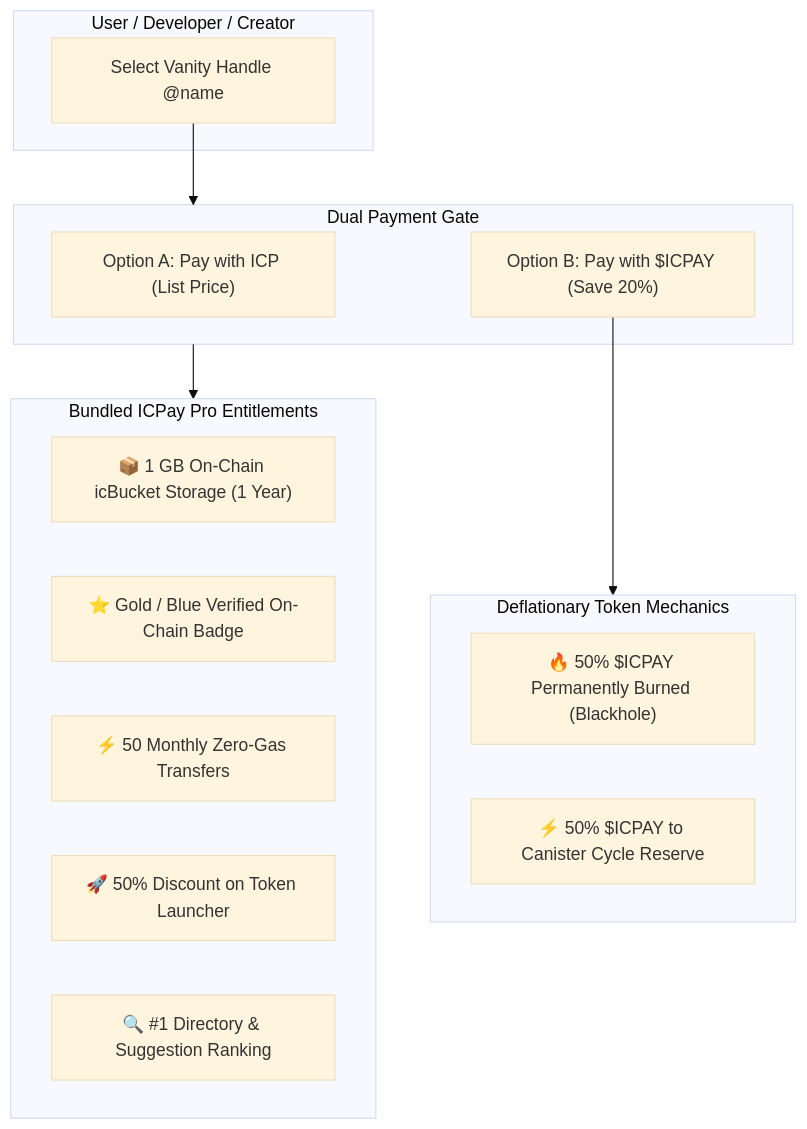
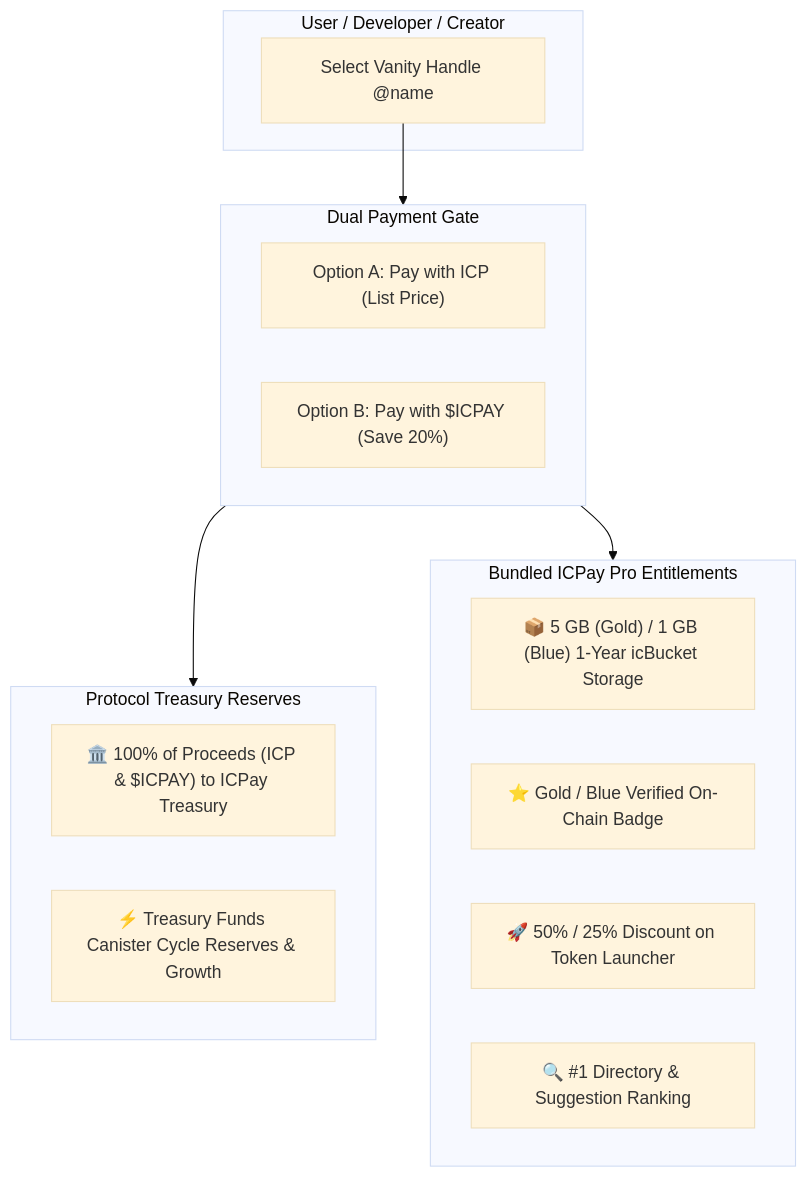
One commit to prasangaramanpokharel/ICPay changed the diagram in docs/plan/businessmodelutilit.md. Above: the diagram before and after it, drawn with Mermaid (base theme). The commit also changed other lines of this file and 1 other file, not shown here.

Commit message:
docs: route 100% of  proceeds to ICPay treasury without burning

````diff
--- a/docs/plan/businessmodelutilit.md
+++ b/docs/plan/businessmodelutilit.md
@@ -13,28 +13,27 @@
 ```mermaid
 flowchart TD
     subgraph Buyer ["User / Developer / Creator"]
         Choose[Select Vanity Handle @name]
     end
 
     subgraph PaymentOptions ["Dual Payment Gate"]
         PayICP["Option A: Pay with ICP (List Price)"]
         PayICPAY["Option B: Pay with $ICPAY (Save 20%)"]
     end
 
-    subgraph TokenEngine ["Deflationary Token Mechanics"]
-        Burn["🔥 50% $ICPAY Permanently Burned (Blackhole)"]
-        Treasury["⚡ 50% $ICPAY to Canister Cycle Reserve"]
+    subgraph TreasuryEngine ["Protocol Treasury Reserves"]
+        Treasury["🏛️ 100% of Proceeds (ICP & $ICPAY) to ICPay Treasury"]
+        Cycles["⚡ Treasury Funds Canister Cycle Reserves & Growth"]
     end
 
     subgraph ProPass ["Bundled ICPay Pro Entitlements"]
-        Storage["📦 1 GB On-Chain icBucket Storage (1 Year)"]
+        Storage["📦 5 GB (Gold) / 1 GB (Blue) 1-Year icBucket Storage"]
         Badge["⭐ Gold / Blue Verified On-Chain Badge"]
-        Gas["⚡ 50 Monthly Zero-Gas Transfers"]
-        Launch["🚀 50% Discount on Token Launcher"]
+        Launch["🚀 50% / 25% Discount on Token Launcher"]
         Search["🔍 #1 Directory & Suggestion Ranking"]
     end
 
     Choose --> PaymentOptions
-    PayICPAY --> TokenEngine
+    PaymentOptions --> TreasuryEngine
     PaymentOptions --> ProPass
 ```
````
